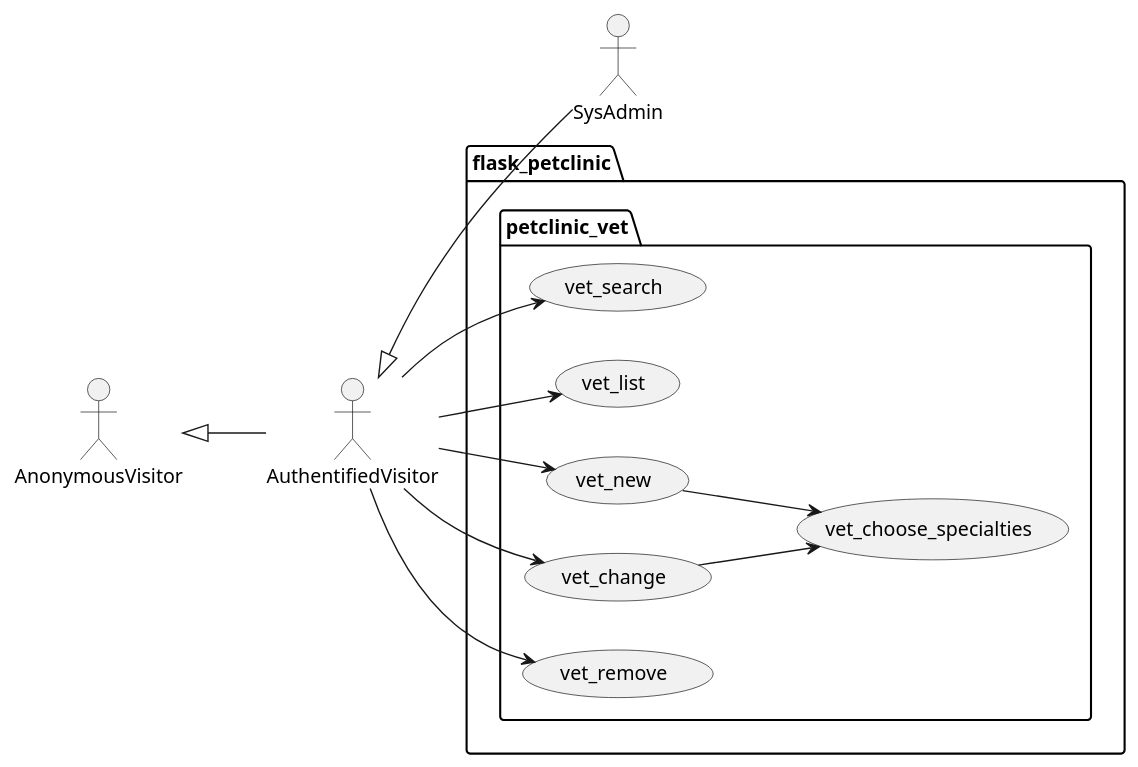
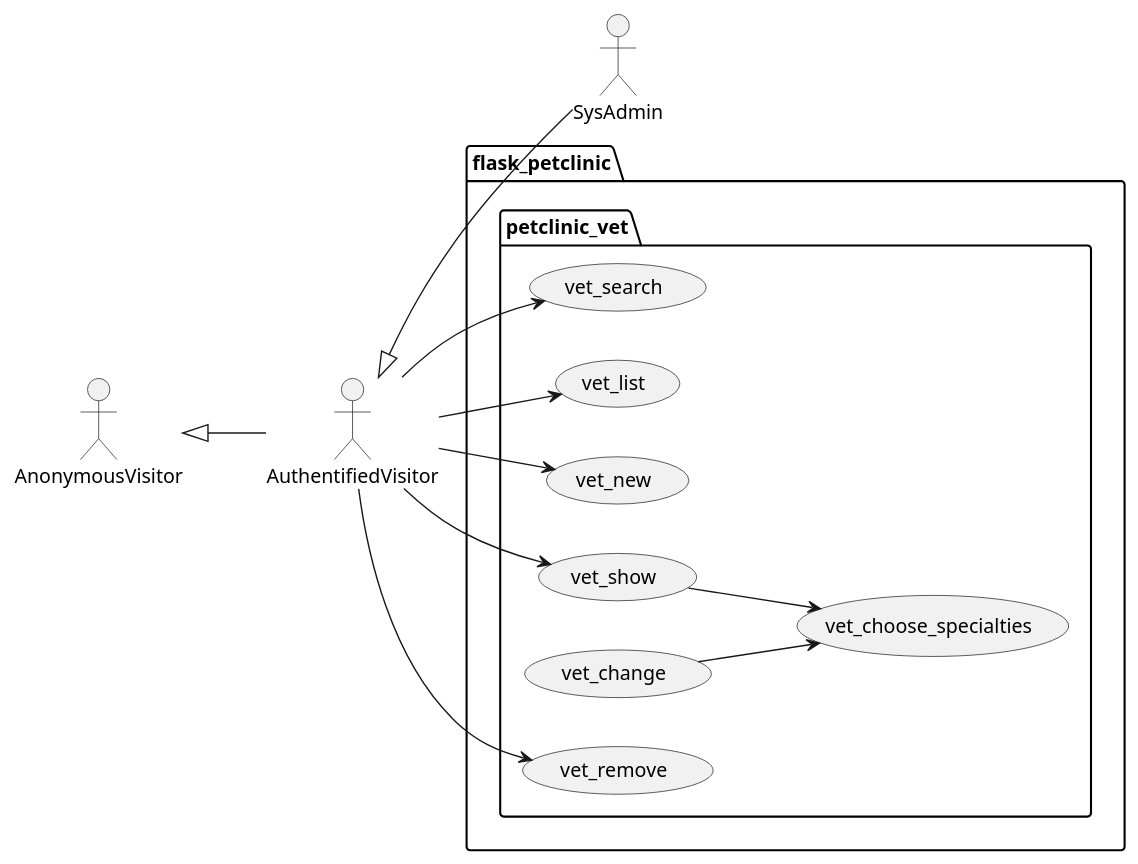
Before and after one commit to Jakarta-EE-Petclinic/petclinic_flask: the diagram in project/petclinic_model/vet.puml, drawn with PlantUML. The commit also changed 3 other files, not shown here.

```diff
--- a/project/petclinic_model/vet.puml
+++ b/project/petclinic_model/vet.puml
@@ -1,31 +1,33 @@
 @startuml
 left to right direction
 
 actor AnonymousVisitor as av
 actor AuthentifiedVisitor as au
 actor SysAdmin as sa
 
 av <|-- au
 au <|-- sa
 
 package flask_petclinic {
 
     package petclinic_vet {
+
         usecase vet_search as uc3000
         usecase vet_list as uc3001
         usecase vet_new as uc3002
-        usecase vet_change as uc3003
-        usecase vet_choose_specialties as uc3004
-        usecase vet_remove as uc3005
+        usecase vet_show as uc3003
+        usecase vet_change as uc3004
+        usecase vet_choose_specialties as uc3005
+        usecase vet_remove as uc3006
 
         au --> uc3000
         au --> uc3001
         au --> uc3002
         au --> uc3003
-        uc3002 --> uc3004
-        uc3003 --> uc3004
-        au --> uc3005
+        uc3003 --> uc3005
+        uc3004 --> uc3005
+        au --> uc3006
     }
 
 }
 @enduml
```
